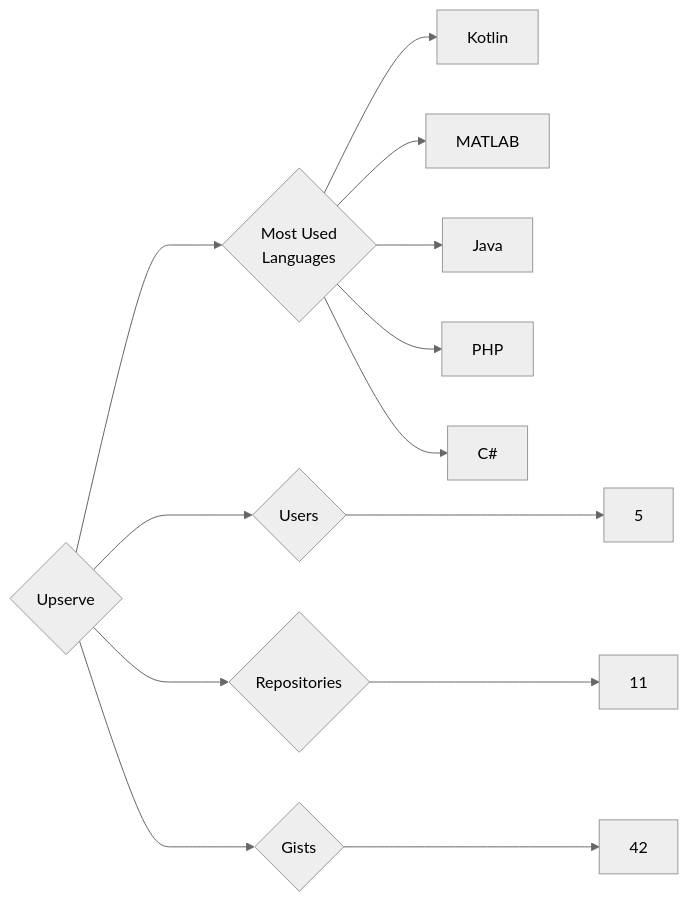
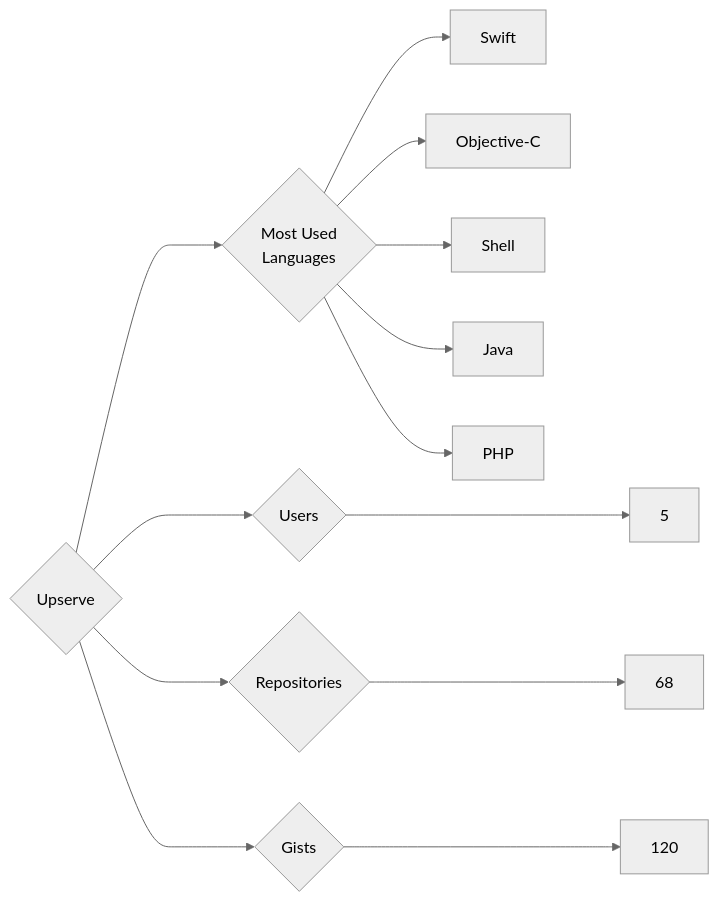
One commit to trickest/insiders changed the diagram in targets/Upserve/README.md. Above: the diagram before and after it, drawn with Mermaid (neutral theme). The commit also changed 677 other files, not shown here.

````diff
--- a/targets/Upserve/README.md
+++ b/targets/Upserve/README.md
@@ -3,13 +3,13 @@
 ```mermaid
 graph LR
 COMPANY_NAME{Upserve}
 COMPANY_NAME ---> U{Users} ---> UN[5]
-COMPANY_NAME ---> R{Repositories} ---> RN[11]
-COMPANY_NAME ---> G{Gists} ---> GN[42]
+COMPANY_NAME ---> R{Repositories} ---> RN[68]
+COMPANY_NAME ---> G{Gists} ---> GN[120]
 COMPANY_NAME ---> ML{Most Used<br>Languages}
-ML --> Kotlin[Kotlin]
-ML --> MATLAB[MATLAB]
+ML --> Swift[Swift]
+ML --> Objective-C[Objective-C]
+ML --> Shell[Shell]
 ML --> Java[Java]
 ML --> PHP[PHP]
-ML --> C#[C#]
 ```
````
